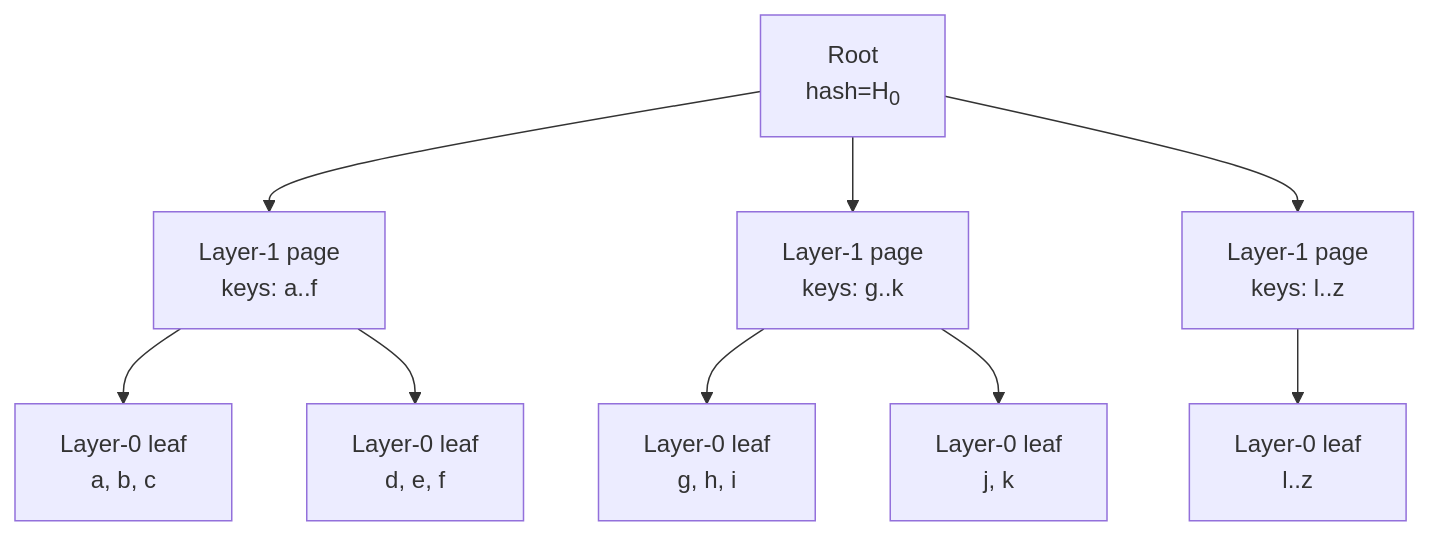
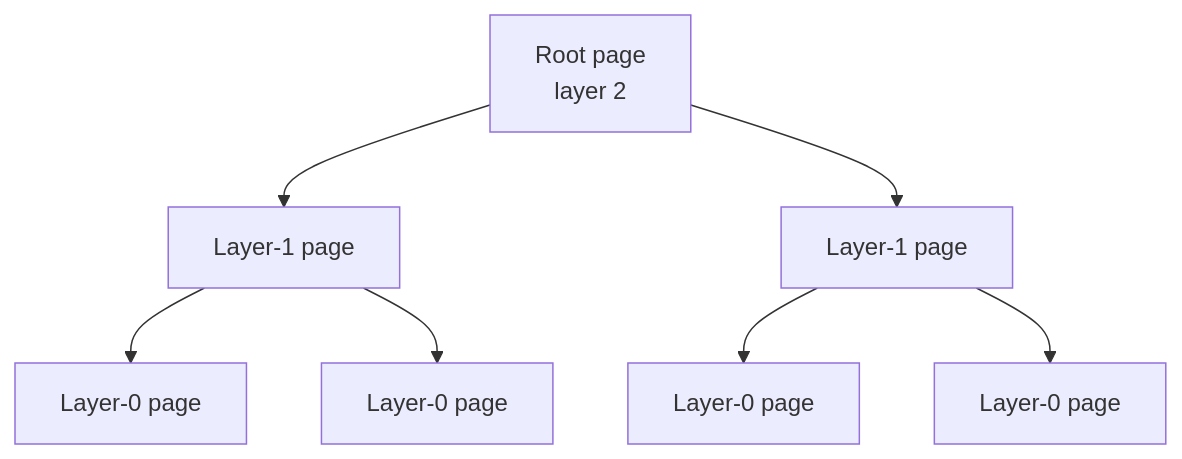
One commit to bondy-io/bondy changed the first of 9 diagrams in apps/bondy_mst/doc_extras/architecture/02_bondy_mst.md. Above: the diagram before and after it, drawn with Mermaid. The commit also changed other lines of this file and 449 other files, not shown here.

````diff
--- a/apps/bondy_mst/doc_extras/architecture/02_bondy_mst.md
+++ b/apps/bondy_mst/doc_extras/architecture/02_bondy_mst.md
@@ -51,21 +40,17 @@
 ```mermaid
 flowchart TB
-    R["Root<br/>hash=H<sub>0</sub>"]
-    L1A["Layer-1 page<br/>keys: a..f"]
-    L1B["Layer-1 page<br/>keys: g..k"]
-    L1C["Layer-1 page<br/>keys: l..z"]
-    L0A["Layer-0 leaf<br/>a, b, c"]
-    L0B["Layer-0 leaf<br/>d, e, f"]
-    L0C["Layer-0 leaf<br/>g, h, i"]
-    L0D["Layer-0 leaf<br/>j, k"]
-    L0E["Layer-0 leaf<br/>l..z"]
+    R["Root page<br/>layer 2"]
+    L1A["Layer-1 page"]
+    L1B["Layer-1 page"]
+    L0A["Layer-0 page"]
+    L0B["Layer-0 page"]
+    L0C["Layer-0 page"]
+    L0D["Layer-0 page"]
 
     R --> L1A
     R --> L1B
-    R --> L1C
     L1A --> L0A
     L1A --> L0B
     L1B --> L0C
     L1B --> L0D
-    L1C --> L0E
 ```
````
